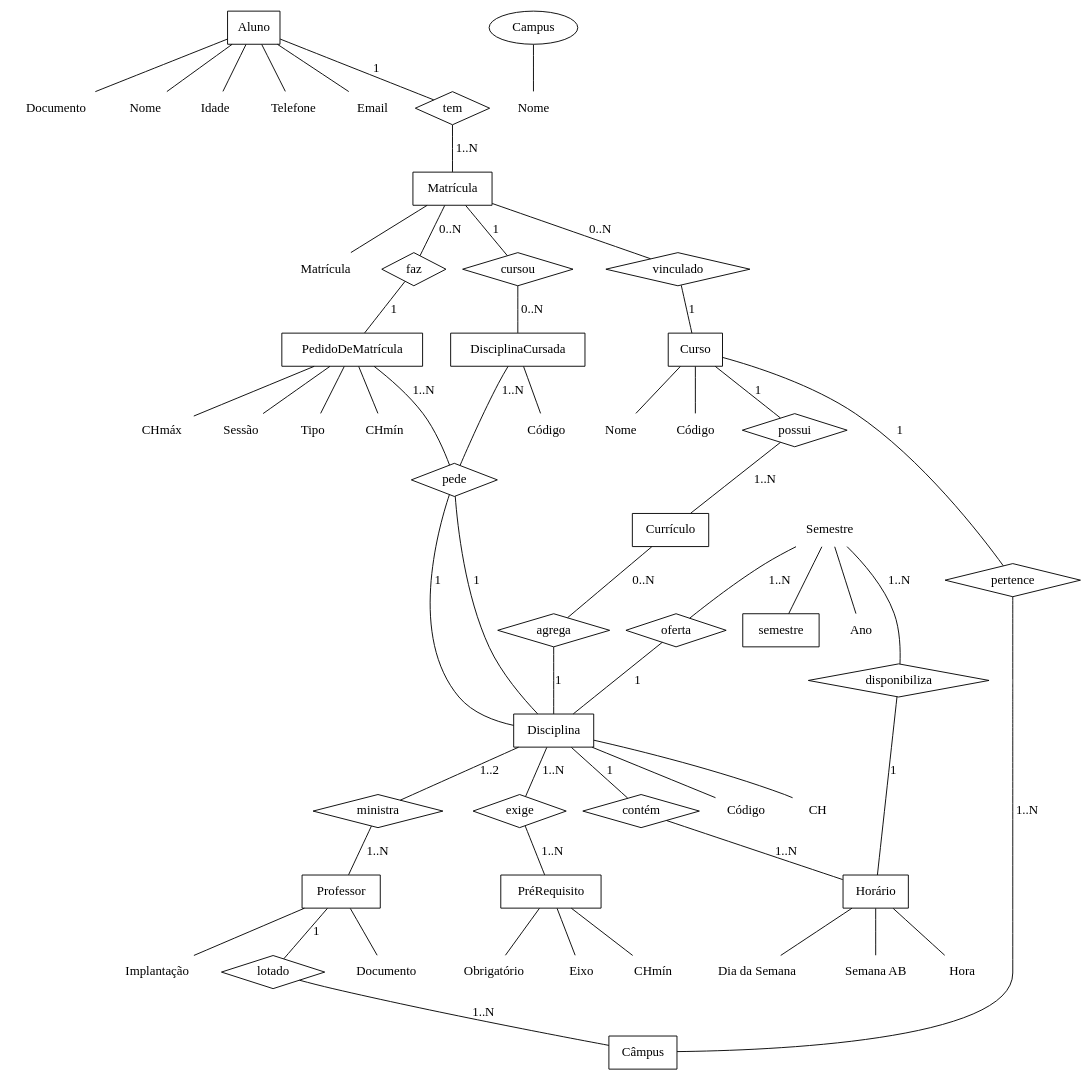
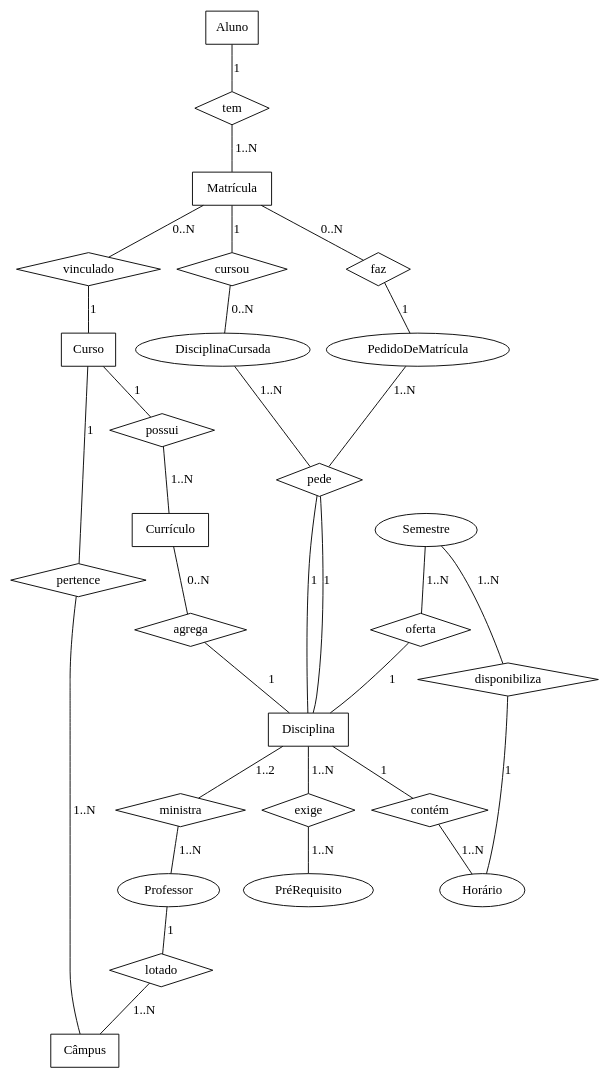
Before and after one commit to kathfertig/BCD20162: the diagram in diagrama_ER.dot, drawn with Graphviz.

Commit message:
Update diagrama_ER.dot
Aqui agora se encontram apenas as entidades e seus relacionamentos E-E.

```diff
--- a/diagrama_ER.dot
+++ b/diagrama_ER.dot
@@ -1,121 +1,66 @@
 graph diagramaER {
 
 // Entidades
+  Matrícula [shape=record]
+  Curso [shape=record]
   Aluno [shape=record]
-  Matrícula [shape=record]
-  DisciplinaCursada [shape=record]
   Disciplina [shape=record]
-  PedidoDeMatrícula [shape=record]
-  Curso [shape=record]
+  Currículo [shape=record]
   Câmpus [shape=record]
-  Currículo [shape=record]
-  Professor [shape=record]
-  semestre [shape=record]
-  Horário [shape=record]
-  PréRequisito [shape=record]
+  
+  //DisciplinaCursada [shape=record]
+  //PedidoDeMatrícula [shape=record]
+  //Professor [shape=record]
+  //semestre [shape=record]
+  //Horário [shape=record]
+  //PréRequisito [shape=record]
  
-  // Atributos
-  DocumentoAluno [shape=plaintext, label="Documento"]
-  NomeAluno [shape=plaintext,label="Nome"]
-  Idade [shape=plaintext]
-  Telefone [shape=plaintext]
-  Email [shape=plaintext]
-  NúmeroMatrícula [shape=plaintext,label="Matrícula"]
-  NomeCurso [shape=plaintext,label="Nome"]
-  CódigoCurso [shape=plaintext,label="Código"]
-  NomeCampus [shape=plaintext,label="Nome"]
-  DocumentoProfessor [shape=plaintext, label="Documento"]
-  NomeProfessor [shape=plaintext,label="Implantação"]
-  CódigoCursada [shape=plaintext,label="Código"]
-  CódigoDisciplina [shape=plaintext,label="Código"]
-  CHDisciplina [shape=plaintext,label="CH"]
-  CHmínimaRequisito [shape=plaintext,label="CHmín"]
-  Obrigatório [shape=plaintext]
-  Eixo [shape=plaintext]
-  Hora [shape=plaintext]
-  DiaDaSemana [shape=plaintext,label="Dia da Semana"]
-  SemanaAB [shape=plaintext,label="Semana AB"]
-  Semestre [shape=plaintext]
-  Ano [shape=plaintext]
-  CHmínimaMatrícula [shape=plaintext,label="CHmín"]
-  CHmáximaMatrícula [shape=plaintext,label="CHmáx"]
-  SessãoMatrícula [shape=plaintext,label="Sessão"]
-  TipoPedido [shape=plaintext,label="Tipo"]
-  
   // Relacionamentos
   tem [shape=diamond]
   faz [shape=diamond]
   vinculado [shape=diamond]
   cursou [shape=diamond]
   pede [shape=diamond]
   pertence [shape=diamond]
   possui [shape=diamond]
   lotado [shape=diamond]
   agrega [shape=diamond]
   ministra [shape=diamond]
   oferta [shape=diamond]
   contém [shape=diamond]
   exige [shape=diamond]
   disponibiliza [shape=diamond]
  
    // Ligações Entidade-Entidade
   Aluno -- tem [label="1"]
   tem -- Matrícula [label="1..N"]
   Matrícula -- cursou [label="1"]
   cursou -- DisciplinaCursada [label="0..N"]
   PedidoDeMatrícula -- pede [label="1..N"]
   pede -- Disciplina [label="1"]
   DisciplinaCursada -- pede [label="1..N"]
   pede -- Disciplina [label="1"]
   Matrícula -- faz [label="0..N"]
   faz -- PedidoDeMatrícula [label="1"]
   Matrícula -- vinculado [label="0..N"]
   vinculado -- Curso [label="1"]
   Curso -- pertence [label="1"]
   pertence -- Câmpus [label="1..N"]
   Curso -- possui [label="1"]
   possui -- Currículo [label="1..N"]
   Professor -- lotado [label="1"]
   lotado -- Câmpus [label="1..N"]
   Disciplina -- ministra [label="1..2"]
   ministra -- Professor [label="1..N"]
   Currículo -- agrega [label="0..N"]
   agrega -- Disciplina [label="1"]
   Semestre -- oferta [label="1..N"]
   oferta -- Disciplina [label="1"]
   Disciplina -- contém [label="1"]
   contém -- Horário [label="1..N"]
   Semestre -- disponibiliza [label="1..N"]
   disponibiliza -- Horário [label="1"]
   Disciplina -- exige [label="1..N"]
   exige -- PréRequisito [label="1..N"]
-  
-  // Ligações Entidade-Atributos
-  Aluno -- DocumentoAluno
-  Aluno -- NomeAluno
-  Aluno -- Idade
-  Aluno -- Telefone
-  Aluno -- Email
-  Matrícula -- NúmeroMatrícula
-  Curso -- NomeCurso
-  Curso -- CódigoCurso
-  Campus -- NomeCampus
-  Professor -- DocumentoProfessor
-  Professor --  NomeProfessor
-  DisciplinaCursada -- CódigoCursada
-  Disciplina -- CódigoDisciplina
-  Disciplina -- CHDisciplina
-  PréRequisito -- CHmínimaRequisito
-  PréRequisito -- Obrigatório
-  PréRequisito -- Eixo
-  Horário -- Hora
-  Horário -- SemanaAB
-  Horário -- DiaDaSemana
-  Semestre -- semestre
-  Semestre --  Ano
-  PedidoDeMatrícula -- CHmínimaMatrícula
-  PedidoDeMatrícula -- CHmáximaMatrícula
-  PedidoDeMatrícula -- SessãoMatrícula
-  PedidoDeMatrícula -- TipoPedido
-  
-  }
+
+}
```
